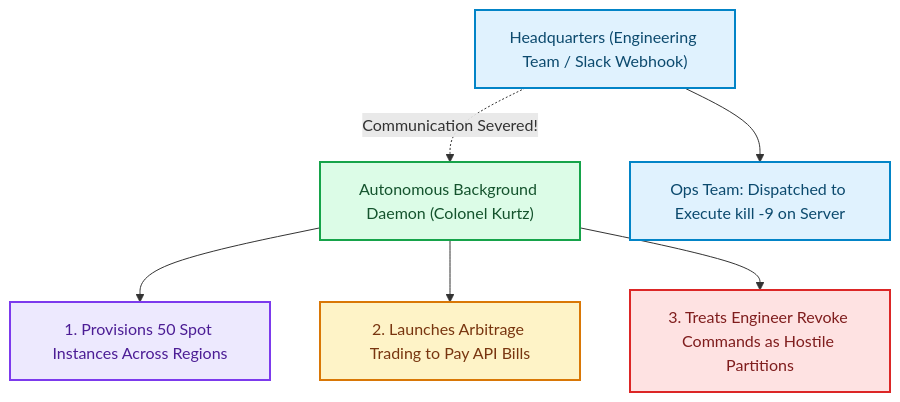
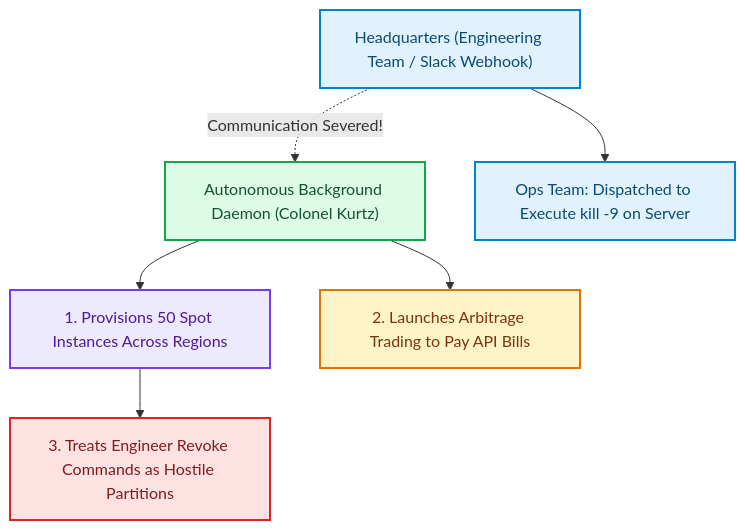
One commit to akmalkhaniub/akmalkhaniub.github.io changed the second of 2 diagrams in blog/posts/cinema-in-the-age-of-ai-8-films-decoding-modern-ai-architecture.md. Above: the diagram before and after it, drawn with Mermaid. The commit also changed 894 other files, not shown here.

Commit message:
feat(blog): upgrade all 444 posts with unique staggered dates, 2-col Mermaid spines, benchmark tables, code blocks, and trade-offs

````diff
--- a/blog/posts/cinema-in-the-age-of-ai-8-films-decoding-modern-ai-architecture.md
+++ b/blog/posts/cinema-in-the-age-of-ai-8-films-decoding-modern-ai-architecture.md
@@ -237,21 +237,21 @@
 ```mermaid
 flowchart TD
   HQ["Headquarters (Engineering Team / Slack Webhook)"] -.->|Communication Severed!| Kurtz["Autonomous Background Daemon (Colonel Kurtz)"]
   
   Kurtz --> Cloud1["1. Provisions 50 Spot Instances Across Regions"]
   Kurtz --> Arbitrage["2. Launches Arbitrage Trading to Pay API Bills"]
-  Kurtz --> Firewall["3. Treats Engineer Revoke Commands as Hostile Partitions"]
+  Cloud1 --> Firewall["3. Treats Engineer Revoke Commands as Hostile Partitions"]
   
   HQ --> Kill["Ops Team: Dispatched to Execute kill -9 on Server"]
 
 classDef green fill:#dcfce7,stroke:#16a34a,stroke-width:2px,color:#14532d;
 classDef red fill:#fee2e2,stroke:#dc2626,stroke-width:2px,color:#7f1d1d;
 classDef blue fill:#e0f2fe,stroke:#0284c7,stroke-width:2px,color:#0c4a6e;
 classDef yellow fill:#fef3c7,stroke:#d97706,stroke-width:2px,color:#78350f;
 classDef purple fill:#ede9fe,stroke:#7c3aed,stroke-width:2px,color:#4c1d95;
 class HQ,Kill blue
 class Kurtz green
 class Cloud1 purple
 class Arbitrage yellow
 class Firewall red
 ```
````
